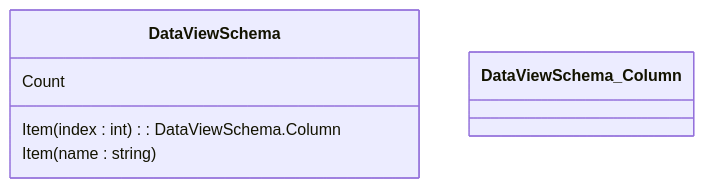
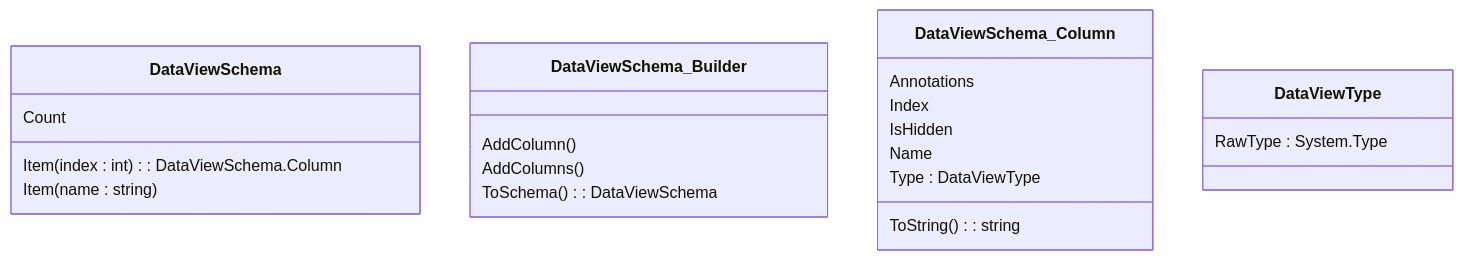
Before and after one commit to rgesteve/mlnetarchdiagrams: the diagram in class_schema.mmd, drawn with Mermaid. The commit also changed other lines of this file, not shown here.

Commit message:
A few more Schema-related classes

```diff
--- a/class_schema.mmd
+++ b/class_schema.mmd
@@ -1,7 +1,22 @@
 classDiagram 
     class DataViewSchema {
       Count
       Item (index : int ) : DataViewSchema.Column
       Item (name : string)
     }
-    class DataViewSchema_Column
+    class DataViewSchema_Builder {
+      AddColumn()
+      AddColumns()
+      ToSchema() : DataViewSchema
+    }
+    class DataViewSchema_Column {
+      Annotations
+      Index
+      IsHidden
+      Name
+      Type : DataViewType
+      ToString() : string
+    }
+    class DataViewType {
+      RawType : System.Type
+    }
```
